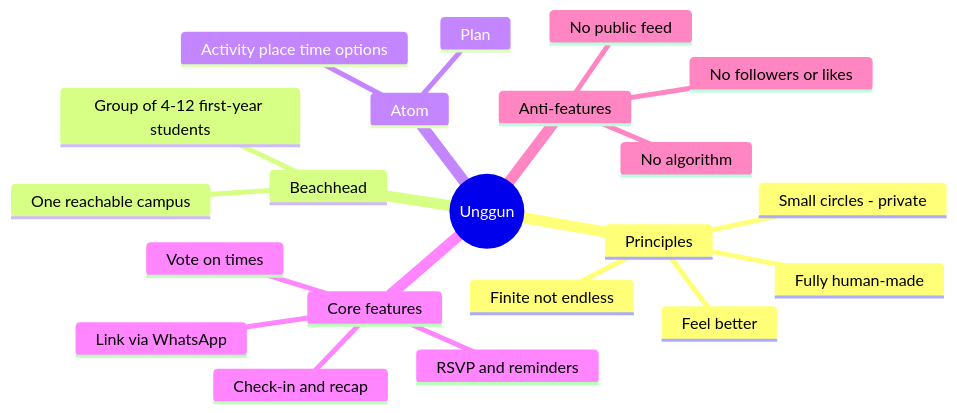
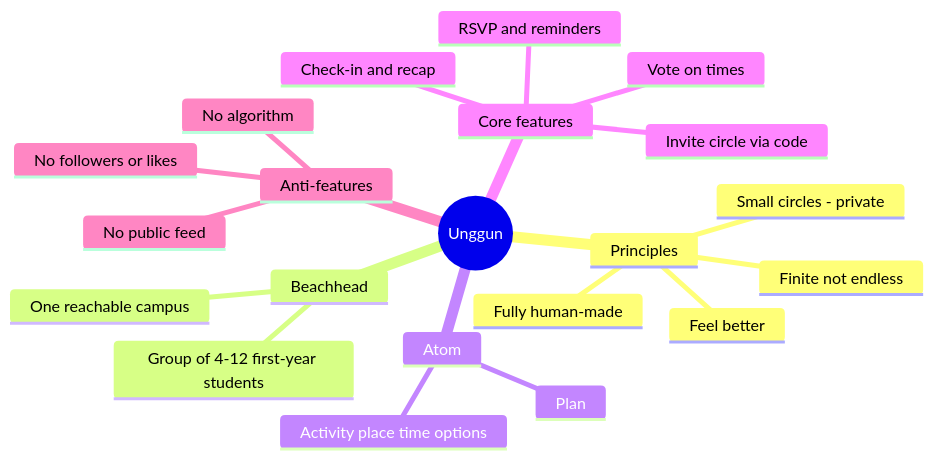
Before and after one commit to itsmhp/SocialMedia: the first of 3 diagrams in concept/README.md, drawn with Mermaid. The commit also changed other lines of this file and 11 other files, not shown here.

Commit message:
product: make Unggun fully self-contained (in-app invites/voting/coordination, no WhatsApp sharing)

````diff
--- a/concept/README.md
+++ b/concept/README.md
@@ -23,24 +23,24 @@
 ```mermaid
 mindmap
   root((Unggun))
     Principles
       Fully human-made
       Small circles - private
       Finite not endless
       Feel better
     Beachhead
       Group of 4-12 first-year students
       One reachable campus
     Atom
       Plan
       Activity place time options
     Core features
-      Link via WhatsApp
+      Invite circle via code
       Vote on times
       RSVP and reminders
       Check-in and recap
     Anti-features
       No public feed
       No followers or likes
       No algorithm
 ```
````
